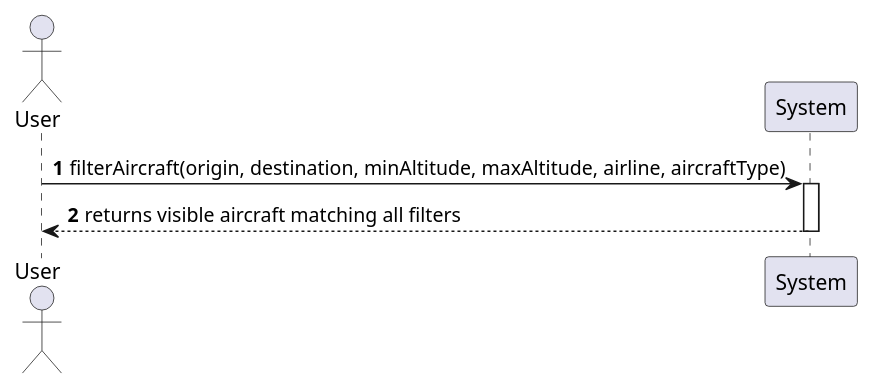
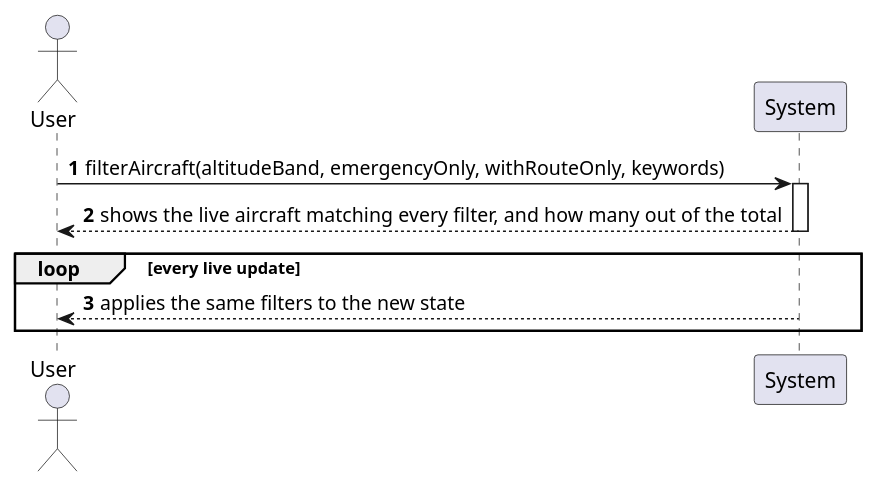
Before and after one commit to miguelsiilva1/SkyTracer: the diagram in docs/system-documentation/use-cases/US08/puml/ssd_us08.puml, drawn with PlantUML. The commit also changed 21 other files, not shown here.

First line of the commit message:
feat(app): add aircraft search and quick filters

```diff
--- a/docs/system-documentation/use-cases/US08/puml/ssd_us08.puml
+++ b/docs/system-documentation/use-cases/US08/puml/ssd_us08.puml
@@ -1,10 +1,13 @@
 @startuml
 autonumber
 actor "User" as A
 participant "System" as S
 
-A -> S : filterAircraft(origin, destination, minAltitude, maxAltitude, airline, aircraftType)
+A -> S : filterAircraft(altitudeBand, emergencyOnly, withRouteOnly, keywords)
 activate S
-S --> A : returns visible aircraft matching all filters
+S --> A : shows the live aircraft matching every filter, and how many out of the total
 deactivate S
+loop every live update
+  S --> A : applies the same filters to the new state
+end
 @enduml
```
